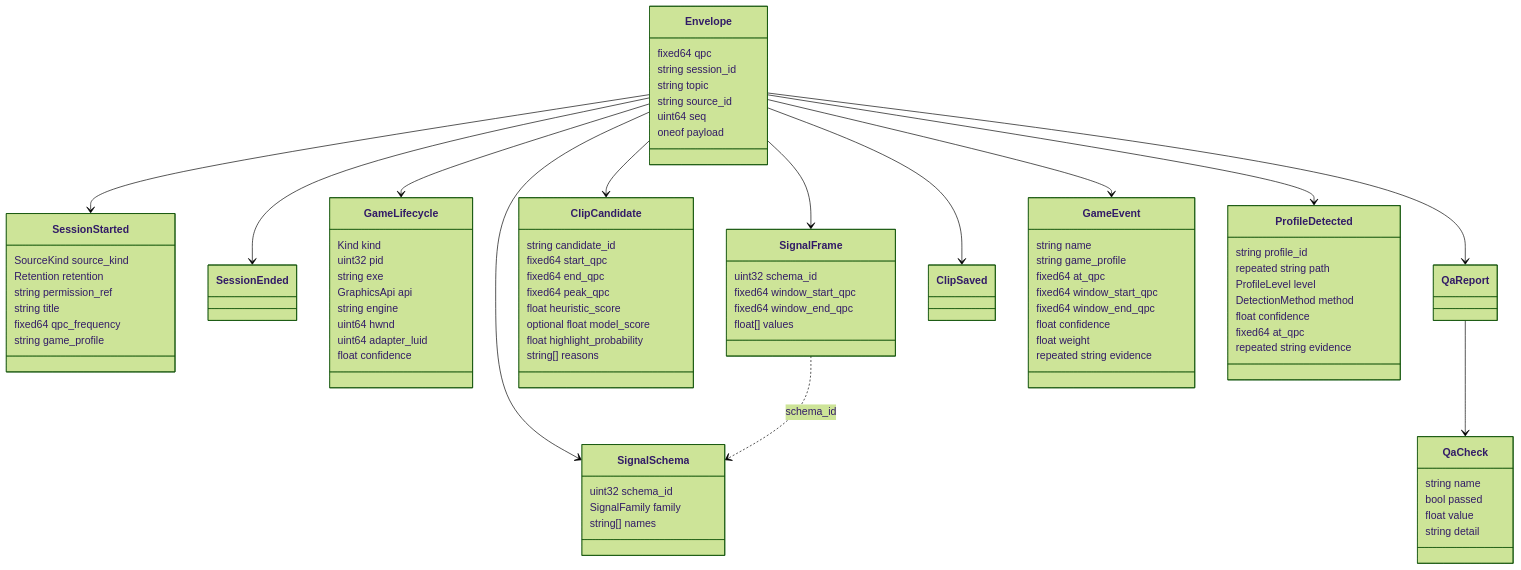
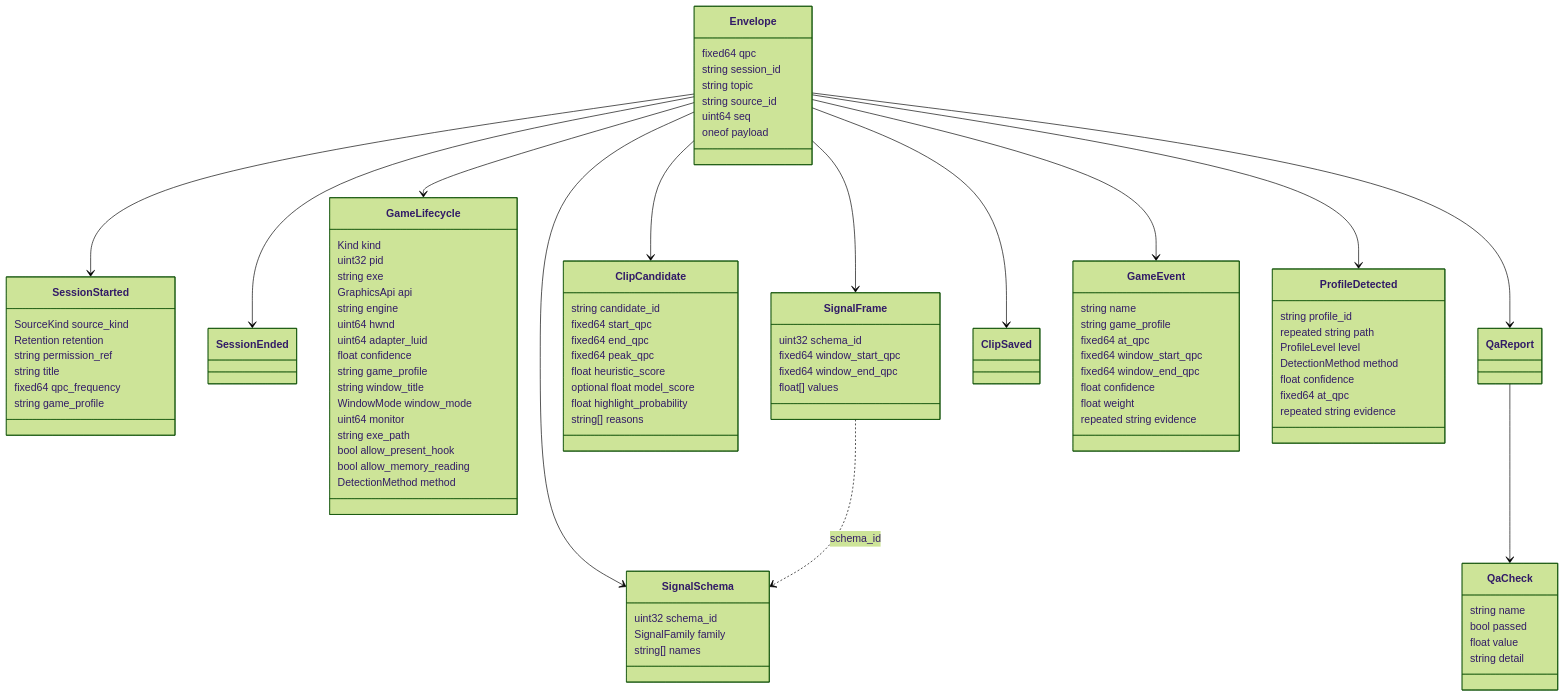
Before and after one commit to Joshmh7128/Lookback: the diagram in docs/wiki/Event-Schema.md, drawn with Mermaid (forest theme). The commit also changed other lines of this file and 36 other files, not shown here.

First line of the commit message:
Game detection and lifecycle (M2 game identifier)

```diff
--- a/docs/wiki/Event-Schema.md
+++ b/docs/wiki/Event-Schema.md
@@ -79,6 +79,14 @@
         uint64 hwnd
         uint64 adapter_luid
         float confidence
+        string game_profile
+        string window_title
+        WindowMode window_mode
+        uint64 monitor
+        string exe_path
+        bool allow_present_hook
+        bool allow_memory_reading
+        DetectionMethod method
     }
     class SignalSchema {
         uint32 schema_id
```
